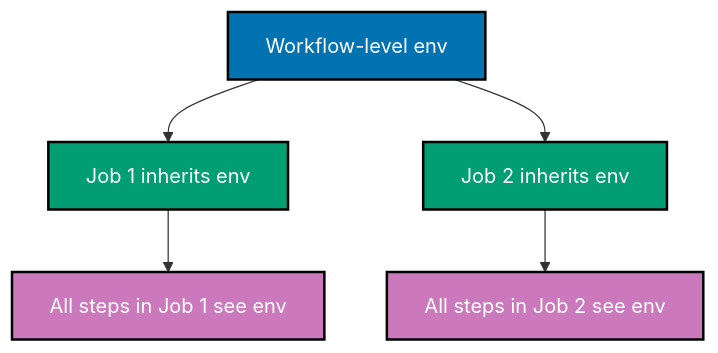
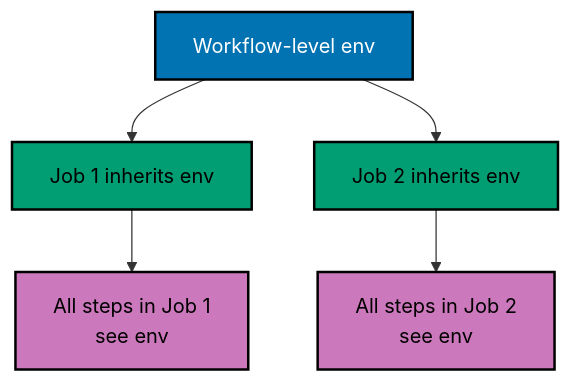
The fifth of 8 diagrams in apps/ayokoding-www/content/en/learn/legacy/software-engineering/automation-tools/github-actions/by-example/beginner.md (wahidyankf/ose-public), drawn with Mermaid before and after one commit. The commit also changed other lines of this file and 131 other files, not shown here.

First line of the commit message:
fix(mermaid): bring the legacy data, infrastructure, and testing diagrams onto the accessible palette

````diff
--- a/apps/ayokoding-www/content/en/learn/legacy/software-engineering/automation-tools/github-actions/by-example/beginner.md
+++ b/apps/ayokoding-www/content/en/learn/legacy/software-engineering/automation-tools/github-actions/by-example/beginner.md
@@ -886,11 +898,14 @@
 ```mermaid
 graph TD
+    accTitle: Example 18: Setting env at the Workflow Level
+    accDescr: Graph with 5 nodes and 4 connections. Nodes: Workflow-level env, Job 1 inherits env, Job 2 inherits env, All steps in Job 1 see env, All steps in Job 2 see env. Connections: Workflow-level env to Job 1 inherits env, Workflow-level env to Job 2 inherits env, Job 1 inherits env to All steps in Job 1 see env, Job 2 inherits env to All steps in Job 2 see env.
     A["Workflow-level env"]:::blue --> B["Job 1 inherits env"]:::teal
     A --> C["Job 2 inherits env"]:::teal
-    B --> D["All steps in Job 1 see env"]:::purple
-    C --> E["All steps in Job 2 see env"]:::purple
+    B --> D["All steps in Job 1<br/>see env"]:::purple
+    C --> E["All steps in Job 2<br/>see env"]:::purple
 
-    classDef blue fill:#0173B2,stroke:#000,color:#fff,stroke-width:2px
-    classDef teal fill:#029E73,stroke:#000,color:#fff,stroke-width:2px
-    classDef purple fill:#CC78BC,stroke:#000,color:#fff,stroke-width:2px
+    classDef blue fill:#0173B2,stroke:#000000,color:#FFFFFF,stroke-width:2px
+    classDef teal fill:#029E73,stroke:#000000,color:#000000,stroke-width:2px
+    classDef purple fill:#CC78BC,stroke:#000000,color:#000000,stroke-width:2px
+    classDef default fill:#FFFFFF,stroke:#000000,color:#000000
 ```
````
